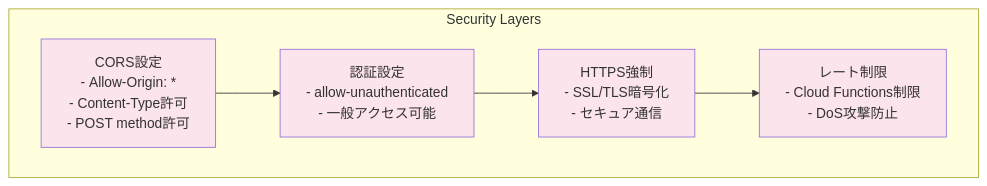
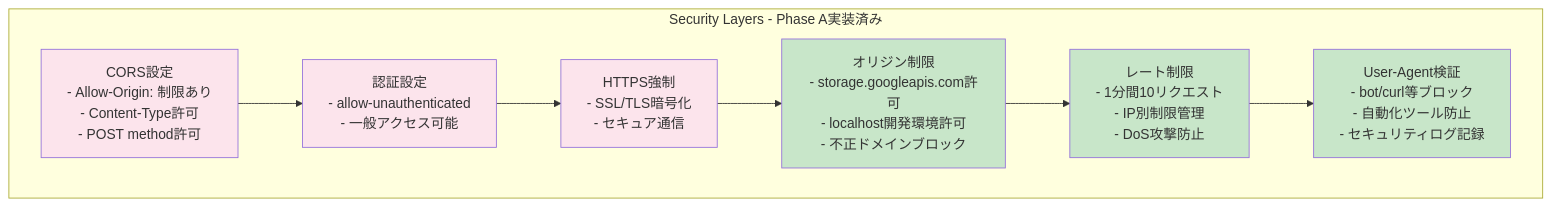
The sixth of 13 diagrams in docs/GCPシステム構成図.md (sutok/seimeihandan), drawn with Mermaid before and after one commit. The commit also changed other lines of this file and 18 other files, not shown here.

````diff
--- a/docs/GCPシステム構成図.md
+++ b/docs/GCPシステム構成図.md
@@ -190,16 +190,22 @@
 ```mermaid
 graph TB
-    subgraph "Security Layers"
-        CORS[CORS設定<br/>- Allow-Origin: *<br/>- Content-Type許可<br/>- POST method許可]
+    subgraph "Security Layers - Phase A実装済み"
+        CORS[CORS設定<br/>- Allow-Origin: 制限あり<br/>- Content-Type許可<br/>- POST method許可]
         AUTH[認証設定<br/>- allow-unauthenticated<br/>- 一般アクセス可能]
         HTTPS[HTTPS強制<br/>- SSL/TLS暗号化<br/>- セキュア通信]
-        RATE[レート制限<br/>- Cloud Functions制限<br/>- DoS攻撃防止]
+        ORIGIN[オリジン制限<br/>- storage.googleapis.com許可<br/>- localhost開発環境許可<br/>- 不正ドメインブロック]
+        RATELIMIT[レート制限<br/>- 1分間10リクエスト<br/>- IP別制限管理<br/>- DoS攻撃防止]
+        USERAGENT[User-Agent検証<br/>- bot/curl等ブロック<br/>- 自動化ツール防止<br/>- セキュリティログ記録]
     end
 
     CORS --> AUTH
     AUTH --> HTTPS
-    HTTPS --> RATE
+    HTTPS --> ORIGIN
+    ORIGIN --> RATELIMIT
+    RATELIMIT --> USERAGENT
 
     classDef security fill:#fce4ec
-    class CORS,AUTH,HTTPS,RATE security
+    classDef implemented fill:#c8e6c9
+    class CORS,AUTH,HTTPS security
+    class ORIGIN,RATELIMIT,USERAGENT implemented
 ```
````
